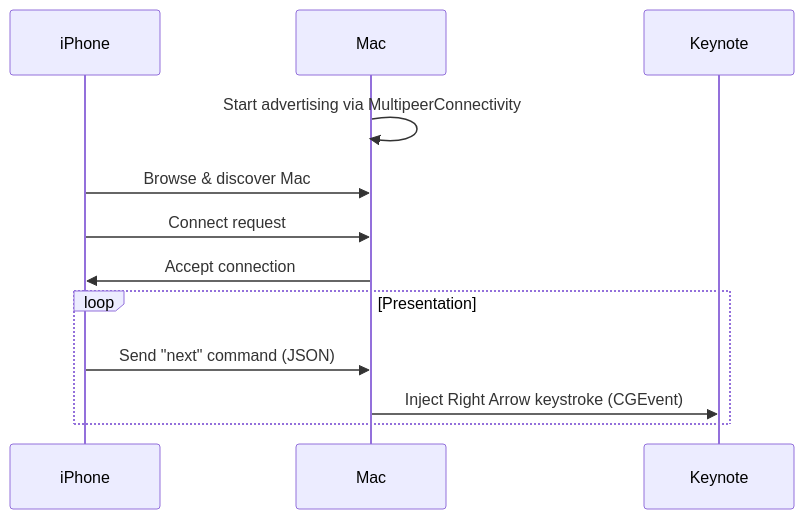
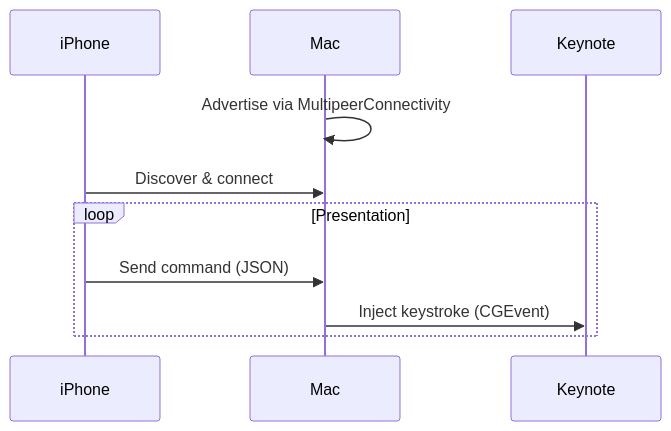
The second of 2 diagrams in README.md (douinc/clicker), drawn with Mermaid before and after one commit. The commit also changed other lines of this file and 1 other file, not shown here.

````diff
--- a/README.md
+++ b/README.md
@@ -108,16 +180,14 @@
 ```mermaid
 sequenceDiagram
     participant iPhone
     participant Mac
     participant Keynote
 
-    Mac->>Mac: Start advertising via MultipeerConnectivity
-    iPhone->>Mac: Browse & discover Mac
-    iPhone->>Mac: Connect request
-    Mac->>iPhone: Accept connection
+    Mac->>Mac: Advertise via MultipeerConnectivity
+    iPhone->>Mac: Discover & connect
 
     loop Presentation
-        iPhone->>Mac: Send "next" command (JSON)
-        Mac->>Keynote: Inject Right Arrow keystroke (CGEvent)
+        iPhone->>Mac: Send command (JSON)
+        Mac->>Keynote: Inject keystroke (CGEvent)
     end
 ```
````
